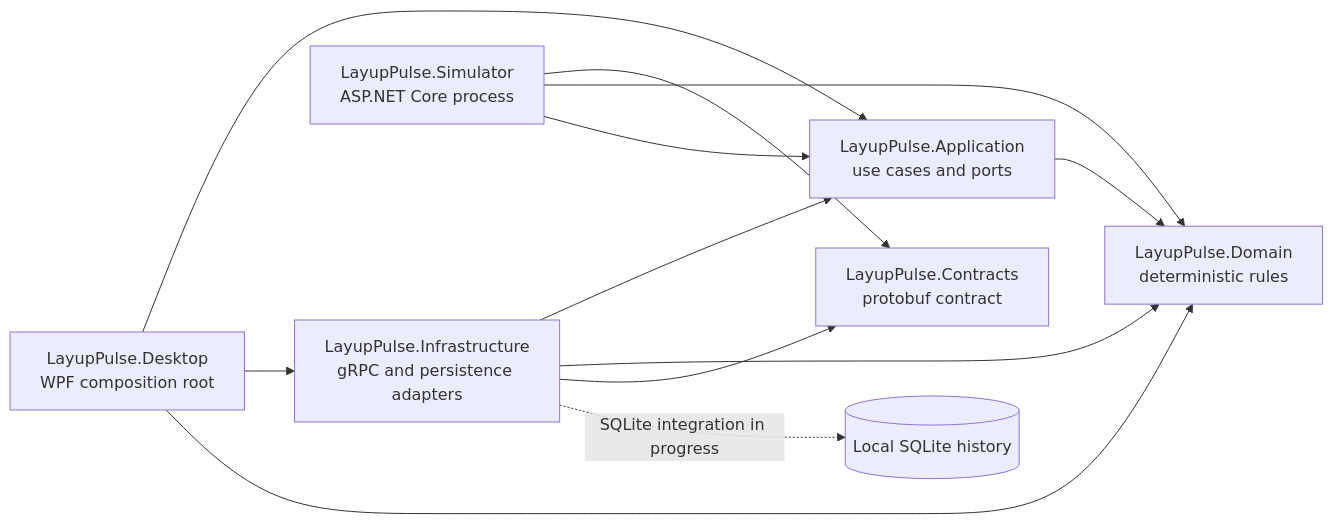
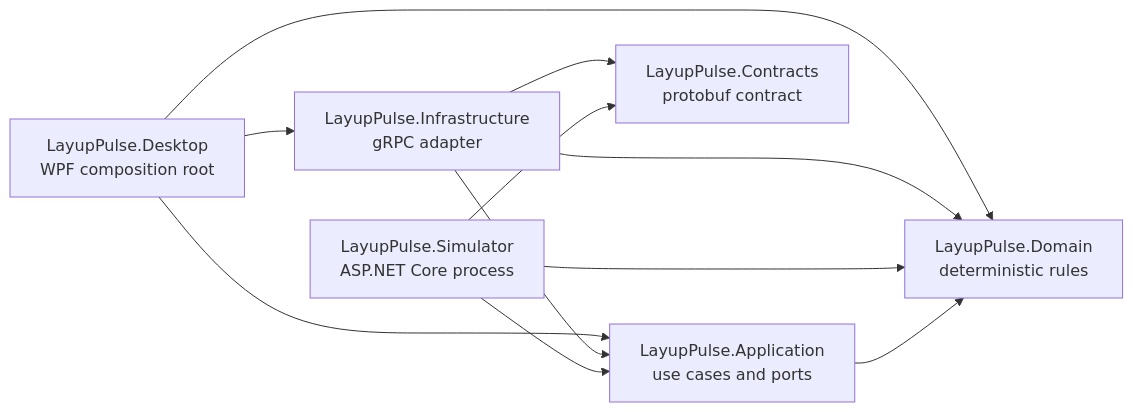
One commit to arnaud-wissart-lab/layup-pulse changed the first of 2 diagrams in README.md. Above: the diagram before and after it, drawn with Mermaid. The commit also changed other lines of this file and 3 other files, not shown here.

````diff
--- a/README.md
+++ b/README.md
@@ -65,14 +65,13 @@
 ```mermaid
 flowchart LR
     Desktop["LayupPulse.Desktop<br/>WPF composition root"] --> Application["LayupPulse.Application<br/>use cases and ports"]
-    Desktop --> Infrastructure["LayupPulse.Infrastructure<br/>gRPC and persistence adapters"]
+    Desktop --> Infrastructure["LayupPulse.Infrastructure<br/>gRPC adapter"]
     Desktop --> Domain["LayupPulse.Domain<br/>deterministic rules"]
     Infrastructure --> Application
     Infrastructure --> Domain
     Infrastructure --> Contracts["LayupPulse.Contracts<br/>protobuf contract"]
     Simulator["LayupPulse.Simulator<br/>ASP.NET Core process"] --> Contracts
     Simulator --> Domain
     Simulator --> Application
     Application --> Domain
-    Infrastructure -. "SQLite integration in progress" .-> SQLite[("Local SQLite history")]
 ```
````
